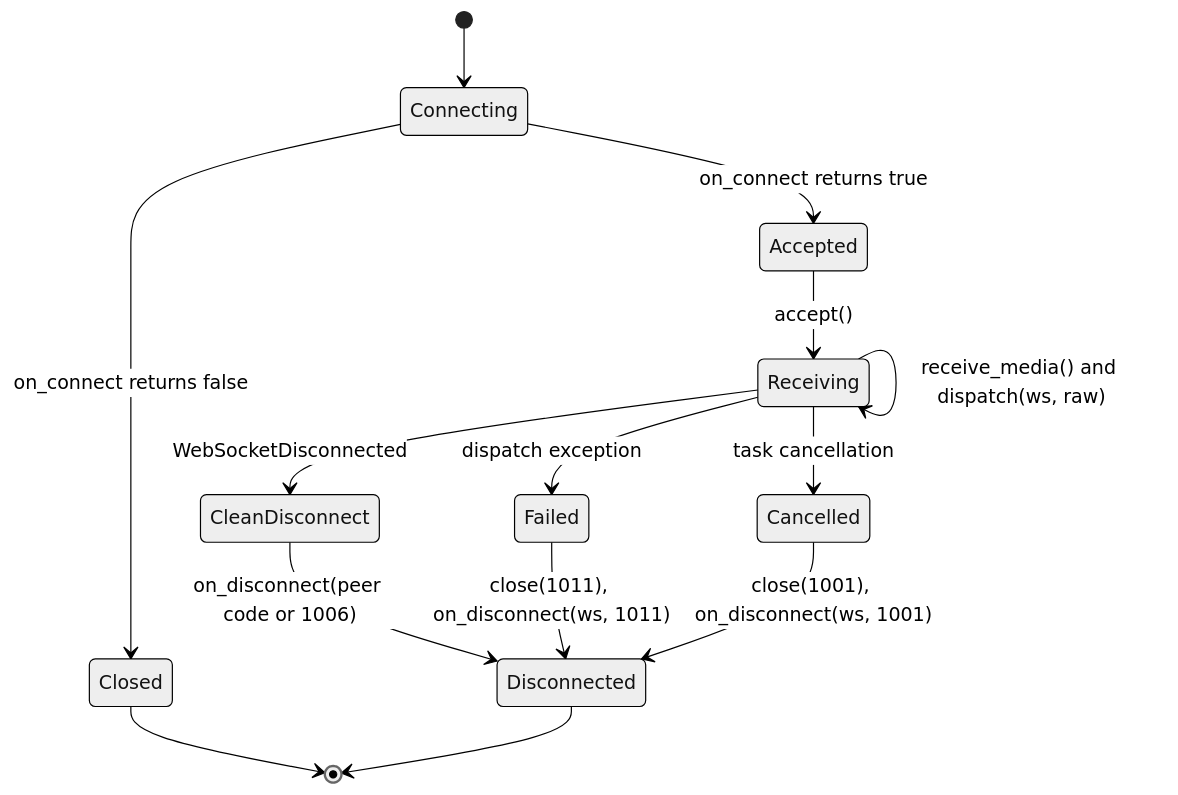
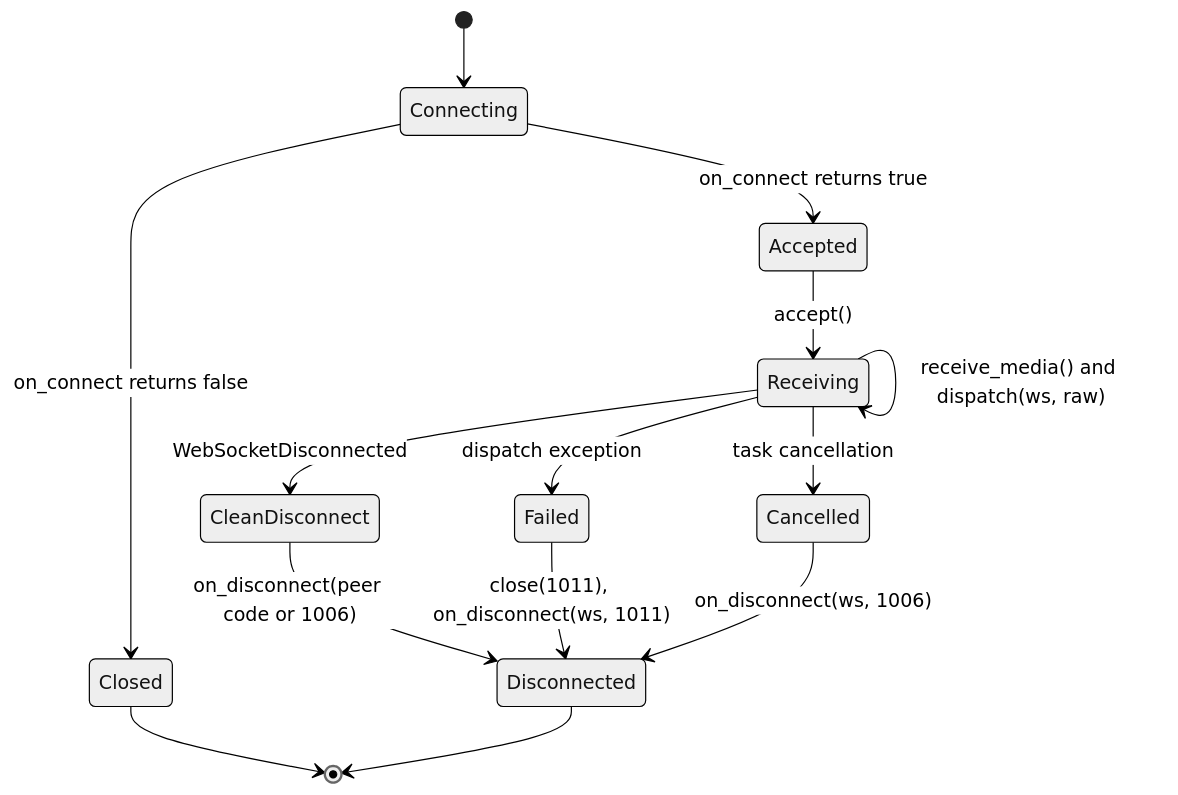
Before and after one commit to leynos/falcon-pachinko: the first of 20 diagrams in docs/falcon-websocket-extension-design.md, drawn with Mermaid (neutral theme). The commit also changed other lines of this file and 33 other files, not shown here.

````diff
--- a/docs/falcon-websocket-extension-design.md
+++ b/docs/falcon-websocket-extension-design.md
@@ -69,24 +73,24 @@
 ```mermaid
 stateDiagram-v2
     accTitle: WebSocket session state transitions
     accDescr {
         The opted-in session starts while the router runs on_connect. A false
         result closes the session; a true result leads to acceptance and a
         persistent receive and dispatch loop. Disconnect, failure or
         cancellation leads to cleanup and then the disconnected state.
     }
 
     [*] --> Connecting
     Connecting --> Accepted: on_connect returns true
     Connecting --> Closed: on_connect returns false
     Accepted --> Receiving: accept()
     Receiving --> Receiving: receive_media() and dispatch(ws, raw)
     Receiving --> CleanDisconnect: WebSocketDisconnected
     Receiving --> Failed: dispatch exception
     Receiving --> Cancelled: task cancellation
     CleanDisconnect --> Disconnected: on_disconnect(peer code or 1006)
     Failed --> Disconnected: close(1011), on_disconnect(ws, 1011)
-    Cancelled --> Disconnected: close(1001), on_disconnect(ws, 1001)
+    Cancelled --> Disconnected: on_disconnect(ws, 1006)
     Closed --> [*]
     Disconnected --> [*]
 ```
````
